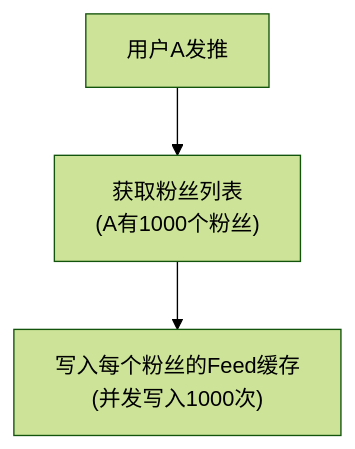
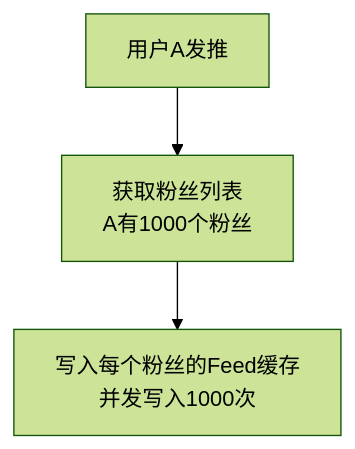
One commit to jpixy/jpixy.github.io changed the second of 6 diagrams in content/articles/system-design/sd-11-新闻Feed系统设计.md. Above: the diagram before and after it, drawn with Mermaid (forest theme). The commit also changed other lines of this file and 66 other files, not shown here.

Commit message:
fix: resolve Mermaid syntax errors by removing parentheses in node labels

````diff
--- a/content/articles/system-design/sd-11-新闻Feed系统设计.md
+++ b/content/articles/system-design/sd-11-新闻Feed系统设计.md
@@ -109,5 +109,5 @@
 ```mermaid
 graph TB
-    A["用户A发推"] --> B["获取粉丝列表<br/>(A有1000个粉丝)"]
-    B --> C["写入每个粉丝的Feed缓存<br/>(并发写入1000次)"]
+    A["用户A发推"] --> B["获取粉丝列表<br/>A有1000个粉丝"]
+    B --> C["写入每个粉丝的Feed缓存<br/>并发写入1000次"]
 ```
````
